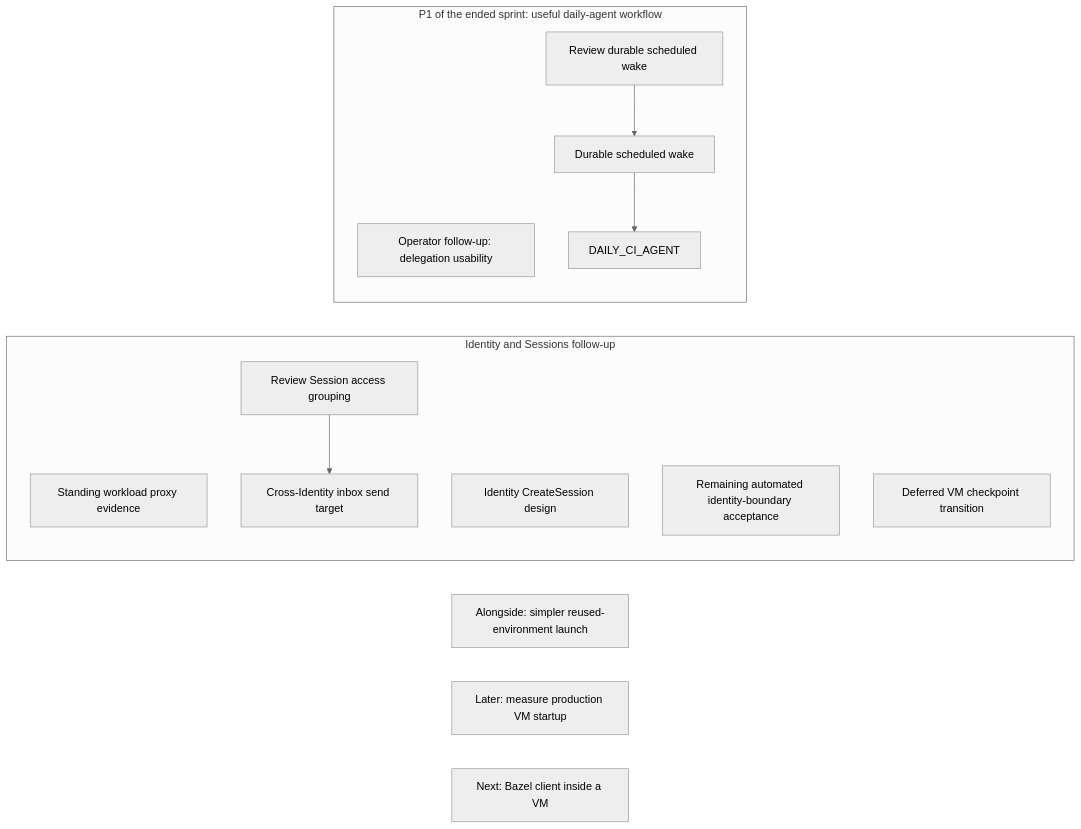
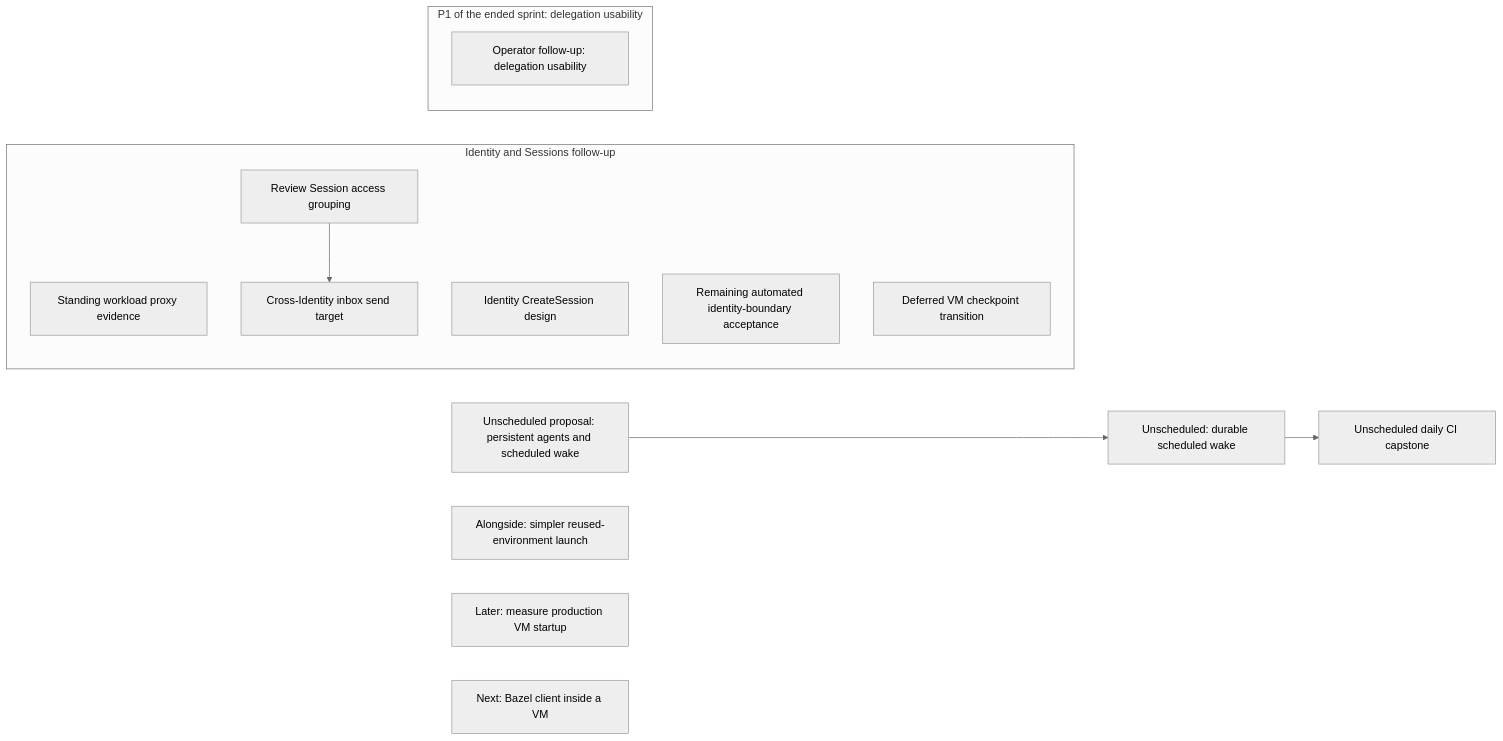
One commit to agentydragon/ducktape changed the third of 20 diagrams in agentplane/plans/task_dag.md. Above: the diagram before and after it, drawn with Mermaid (neutral theme). The commit also changed other lines of this file and 1 other file, not shown here.

Commit message:
docs(agentplane): propose persistent agents and scheduled inbox wake

````diff
--- a/agentplane/plans/task_dag.md
+++ b/agentplane/plans/task_dag.md
@@ -259,18 +262,19 @@
 ```mermaid
 flowchart LR
     subgraph IDENTITY_TRACK[Identity and Sessions follow-up]
         STANDING_WORKLOAD_IDENTITY[Standing workload proxy evidence]
         SESSION_ACCESS_GROUPING_DESIGN[Review Session access grouping] --> SESSION_IDENTITY_AUTHZ[Cross-Identity inbox send target]
         SESSION_SUBAGENT_DELEGATION[Identity CreateSession design]
         IDENTITY_SYSTEM_TESTS[Remaining automated identity-boundary acceptance]
         SANDBOX_IDENTITY_CHANGE_CHECKPOINT[Deferred VM checkpoint transition]
     end
-    subgraph PRIORITY_ONE[P1 of the ended sprint: useful daily-agent workflow]
+    subgraph PRIORITY_ONE[P1 of the ended sprint: delegation usability]
         THREAD_CREATE_AUTHORIZATION[Operator follow-up: delegation usability]
-        SCHEDULED_AGENT_WAKE_DESIGN[Review durable scheduled wake] --> SCHEDULED_AGENT_WAKE
-        SCHEDULED_AGENT_WAKE[Durable scheduled wake] --> DAILY_CI_AGENT
     end
+    SCHEDULED_AGENT_WAKE_DESIGN[Unscheduled proposal: persistent agents and scheduled wake] --> SCHEDULED_AGENT_WAKE
+    SCHEDULED_AGENT_WAKE[Unscheduled: durable scheduled wake] --> DAILY_CI_AGENT
+    DAILY_CI_AGENT[Unscheduled daily CI capstone]
     SESSION_LAUNCH_FRICTION[Alongside: simpler reused-environment launch]
     VM_STARTUP_LATENCY[Later: measure production VM startup]
     LOCAL_BAZEL[Next: Bazel client inside a VM]
 ```
````
